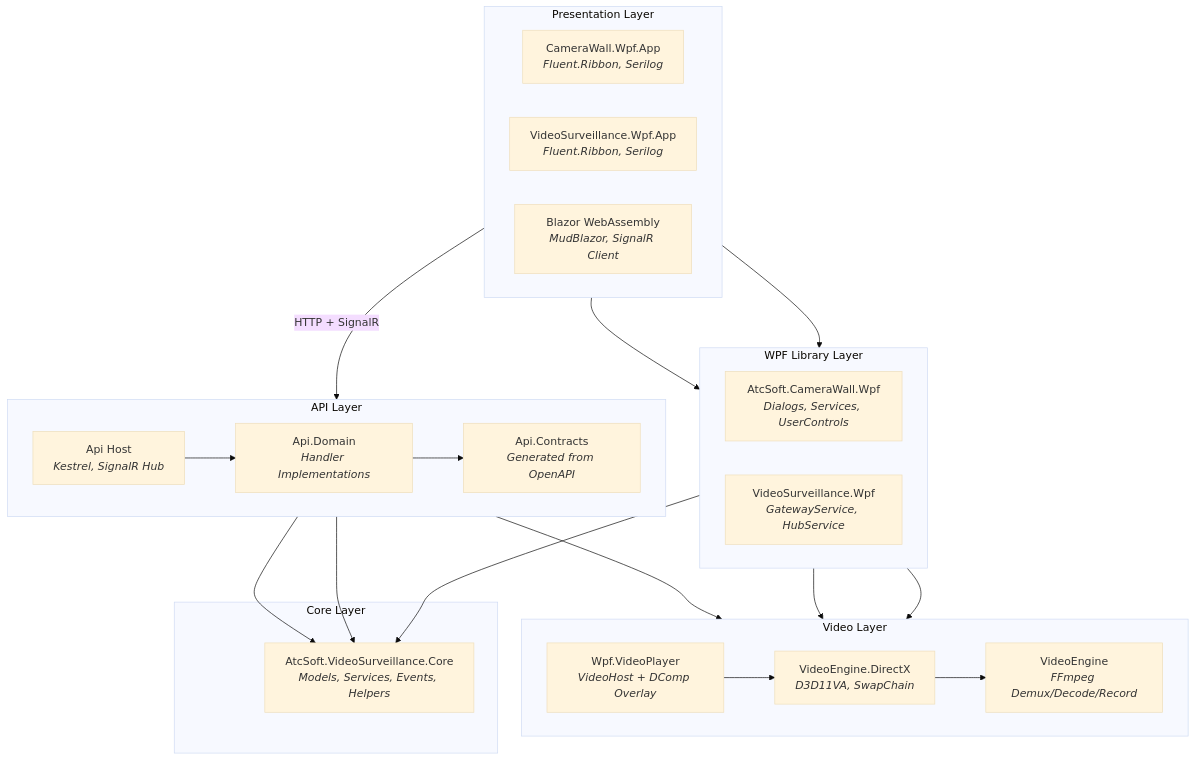
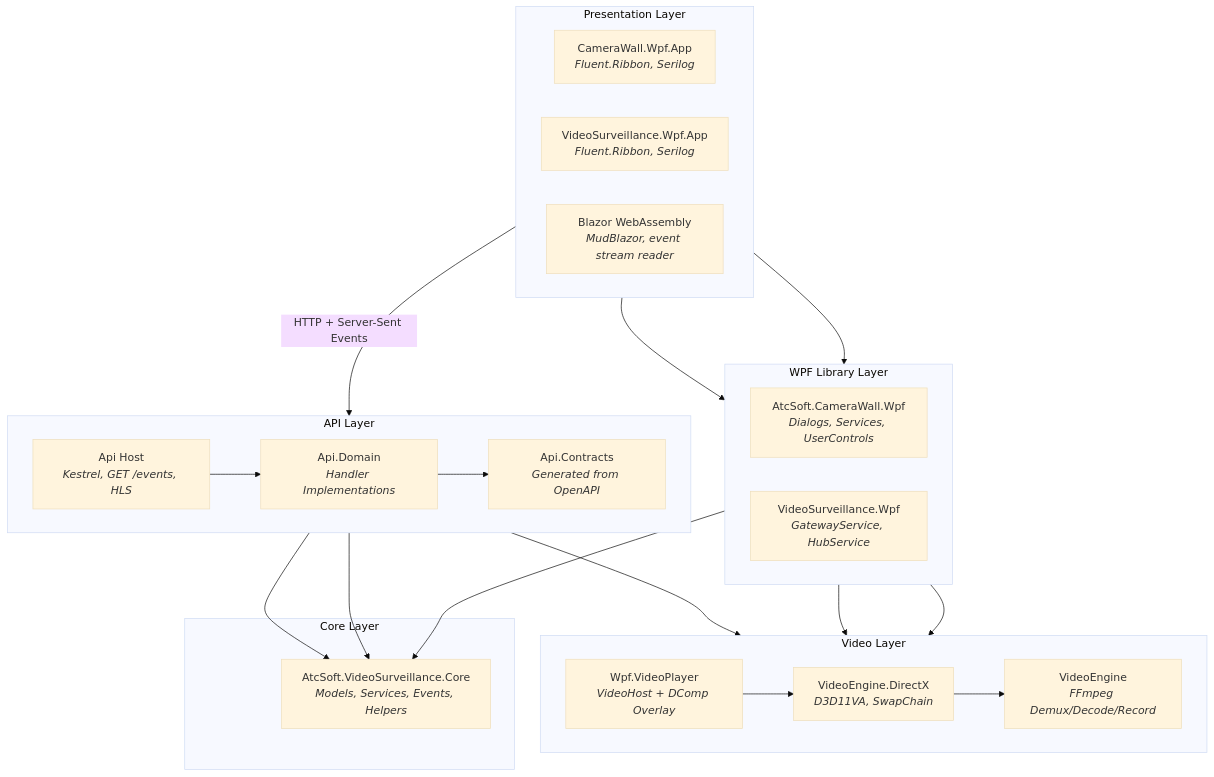
Before and after one commit to davidkallesen/AtcSoft.VideoSurveillance: the third of 8 diagrams in docs/architecture.md, drawn with Mermaid (base theme). The commit also changed other lines of this file and 66 other files, not shown here.

First line of the commit message:
refactor(clients): streams over REST on a lease, and the SignalR hub goes

````diff
--- a/docs/architecture.md
+++ b/docs/architecture.md
@@ -79,47 +79,47 @@
 ```mermaid
 graph TB
     subgraph Presentation["Presentation Layer"]
         direction LR
         AppShell["CameraWall.Wpf.App<br/><i>Fluent.Ribbon, Serilog</i>"]
         VSAppShell["VideoSurveillance.Wpf.App<br/><i>Fluent.Ribbon, Serilog</i>"]
-        BlazorUI["Blazor WebAssembly<br/><i>MudBlazor, SignalR Client</i>"]
+        BlazorUI["Blazor WebAssembly<br/><i>MudBlazor, event stream reader</i>"]
     end
 
     subgraph Library["WPF Library Layer"]
         direction LR
         CWLib["AtcSoft.CameraWall.Wpf<br/><i>Dialogs, Services, UserControls</i>"]
         VSLib["VideoSurveillance.Wpf<br/><i>GatewayService, HubService</i>"]
     end
 
     subgraph VideoLayer["Video Layer"]
         direction LR
         VideoPlayer["Wpf.VideoPlayer<br/><i>VideoHost + DComp Overlay</i>"]
         DirectX["VideoEngine.DirectX<br/><i>D3D11VA, SwapChain</i>"]
         VideoEngine["VideoEngine<br/><i>FFmpeg Demux/Decode/Record</i>"]
     end
 
     subgraph APILayer["API Layer"]
         direction LR
-        APIHost["Api Host<br/><i>Kestrel, SignalR Hub</i>"]
+        APIHost["Api Host<br/><i>Kestrel, GET /events, HLS</i>"]
         DomainHandlers["Api.Domain<br/><i>Handler Implementations</i>"]
         ContractsGen["Api.Contracts<br/><i>Generated from OpenAPI</i>"]
     end
 
     subgraph CoreLayer["Core Layer"]
         Core["AtcSoft.VideoSurveillance.Core<br/><i>Models, Services, Events, Helpers</i>"]
     end
 
     AppShell --> CWLib
     VSAppShell --> VSLib
     CWLib --> VideoPlayer
     VSLib --> VideoPlayer
     CWLib --> Core
     VideoPlayer --> DirectX
     DirectX --> VideoEngine
-    BlazorUI -- "HTTP + SignalR" --> APIHost
+    BlazorUI -- "HTTP + Server-Sent Events" --> APIHost
     APIHost --> DomainHandlers
     DomainHandlers --> ContractsGen
     APIHost --> Core
     APIHost --> VideoEngine
     ContractsGen --> Core
 ```
````
